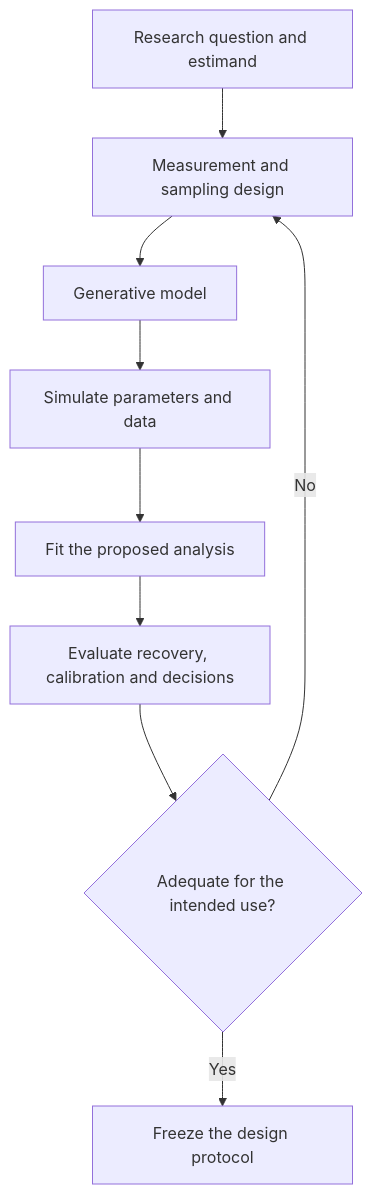
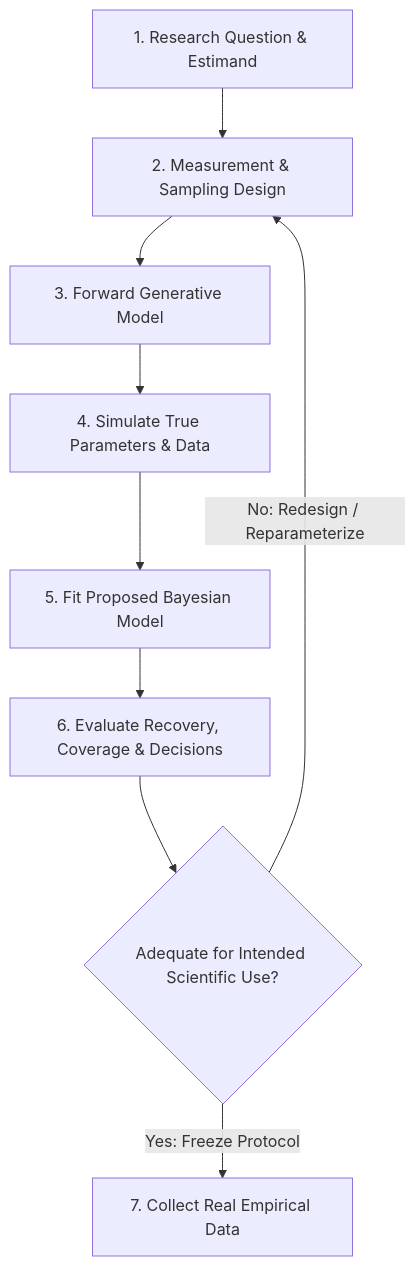
Before and after one commit to iknyazeva/bayes-cogsci-book: the diagram in 5.SimulationParameterRecoveryDesign.md, drawn with Mermaid. The commit also changed other lines of this file and 1 other file, not shown here.

````diff
--- a/5.SimulationParameterRecoveryDesign.md
+++ b/5.SimulationParameterRecoveryDesign.md
@@ -32,11 +37,11 @@
 ```{mermaid}
 flowchart TB
-    Q["Research question and estimand"] --> M["Measurement and sampling design"]
-    M --> G["Generative model"]
-    G --> S["Simulate parameters and data"]
-    S --> F["Fit the proposed analysis"]
-    F --> E["Evaluate recovery, calibration and decisions"]
-    E --> R{"Adequate for the intended use?"}
-    R -- "No" --> M
-    R -- "Yes" --> P["Freeze the design protocol"]
+    Q["1. Research Question & Estimand"] --> M["2. Measurement & Sampling Design"]
+    M --> G["3. Forward Generative Model"]
+    G --> S["4. Simulate True Parameters & Data"]
+    S --> F["5. Fit Proposed Bayesian Model"]
+    F --> E["6. Evaluate Recovery, Coverage & Decisions"]
+    E --> R{"Adequate for Intended Scientific Use?"}
+    R -- "No: Redesign / Reparameterize" --> M
+    R -- "Yes: Freeze Protocol" --> P["7. Collect Real Empirical Data"]
 ```
````
